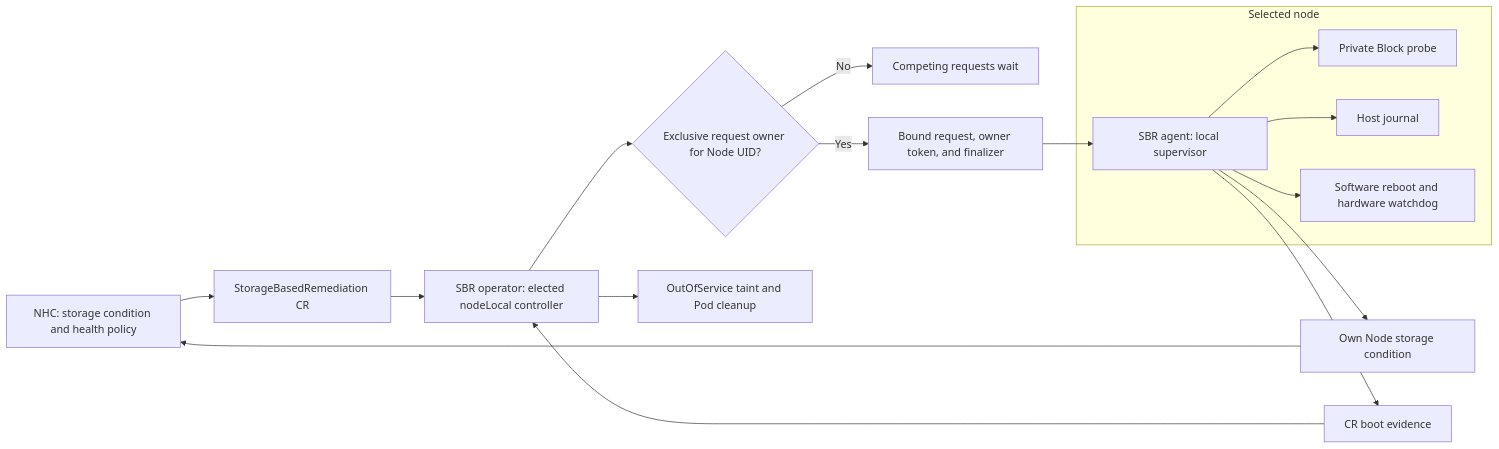
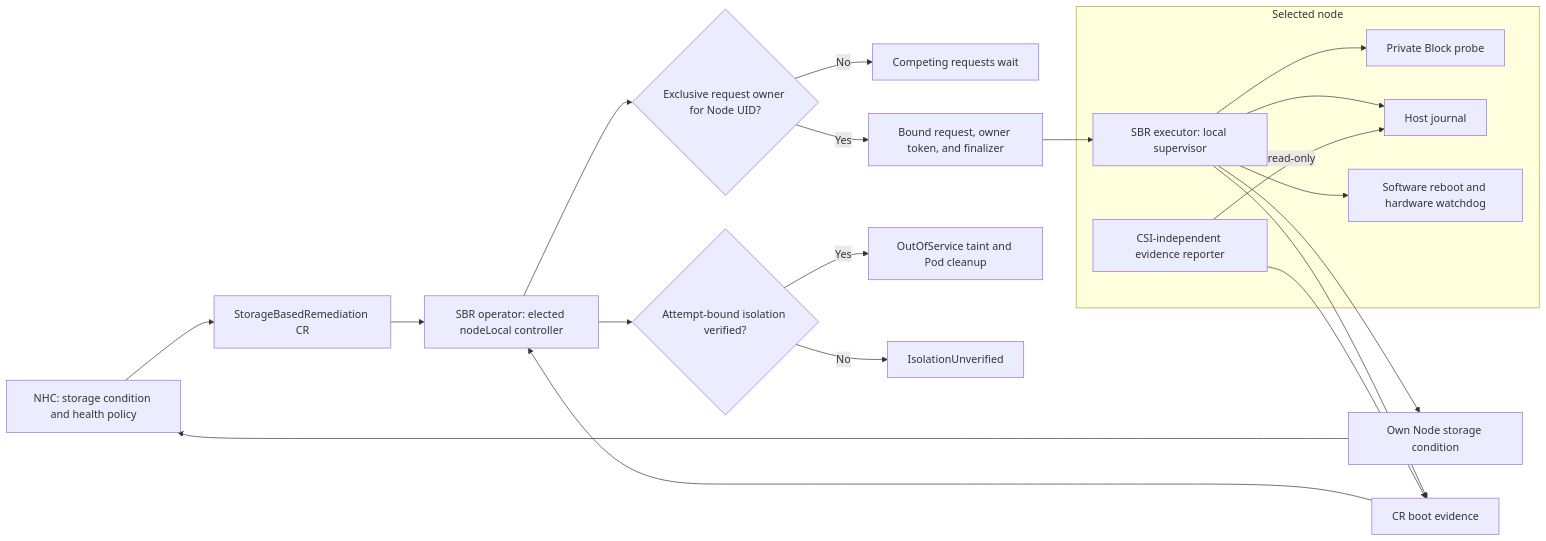
One commit to mpryc/storage-based-remediation changed the first of 3 diagrams in docs/design/storage-arbitrated-remediation.md. Above: the diagram before and after it, drawn with Mermaid. The commit also changed other lines of this file, not shown here.

First line of the commit message:
:memo: address design review for nodeLocal storage-arbitrated remediation

````diff
--- a/docs/design/storage-arbitrated-remediation.md
+++ b/docs/design/storage-arbitrated-remediation.md
@@ -57,19 +61,23 @@
 ```mermaid
 flowchart LR
   NHC["NHC: storage condition and health policy"] --> CR["StorageBasedRemediation CR"]
   CR --> Controller["SBR operator: elected nodeLocal controller"]
   Controller --> Ownership{"Exclusive request owner for Node UID?"}
   Ownership -->|No| Waiting["Competing requests wait"]
   Ownership -->|Yes| Authorization["Bound request, owner token, and finalizer"]
   Authorization --> Agent
   subgraph Node["Selected node"]
-    Agent["SBR agent: local supervisor"] --> Probe["Private Block probe"]
+    Agent["SBR executor: local supervisor"] --> Probe["Private Block probe"]
     Agent --> Journal["Host journal"]
     Agent --> Watchdog["Software reboot and hardware watchdog"]
+    Reporter["CSI-independent evidence reporter"] -->|read-only| Journal
   end
   Agent --> Condition["Own Node storage condition"]
   Condition --> NHC
-  Agent --> Evidence["CR boot evidence"]
+  Agent --> Evidence
+  Reporter --> Evidence["CR boot evidence"]
   Evidence --> Controller
-  Controller --> Cleanup["OutOfService taint and Pod cleanup"]
+  Controller --> Isolation{"Attempt-bound isolation verified?"}
+  Isolation -->|Yes| Cleanup["OutOfService taint and Pod cleanup"]
+  Isolation -->|No| Blocked["IsolationUnverified"]
 ```
````
